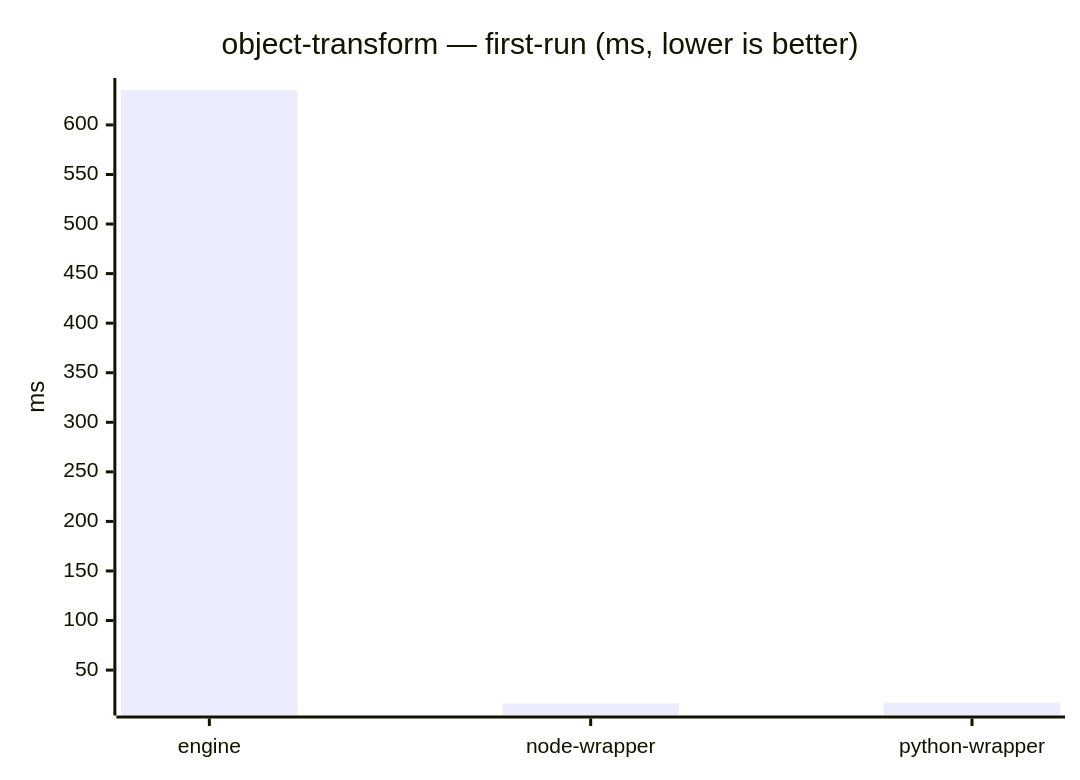
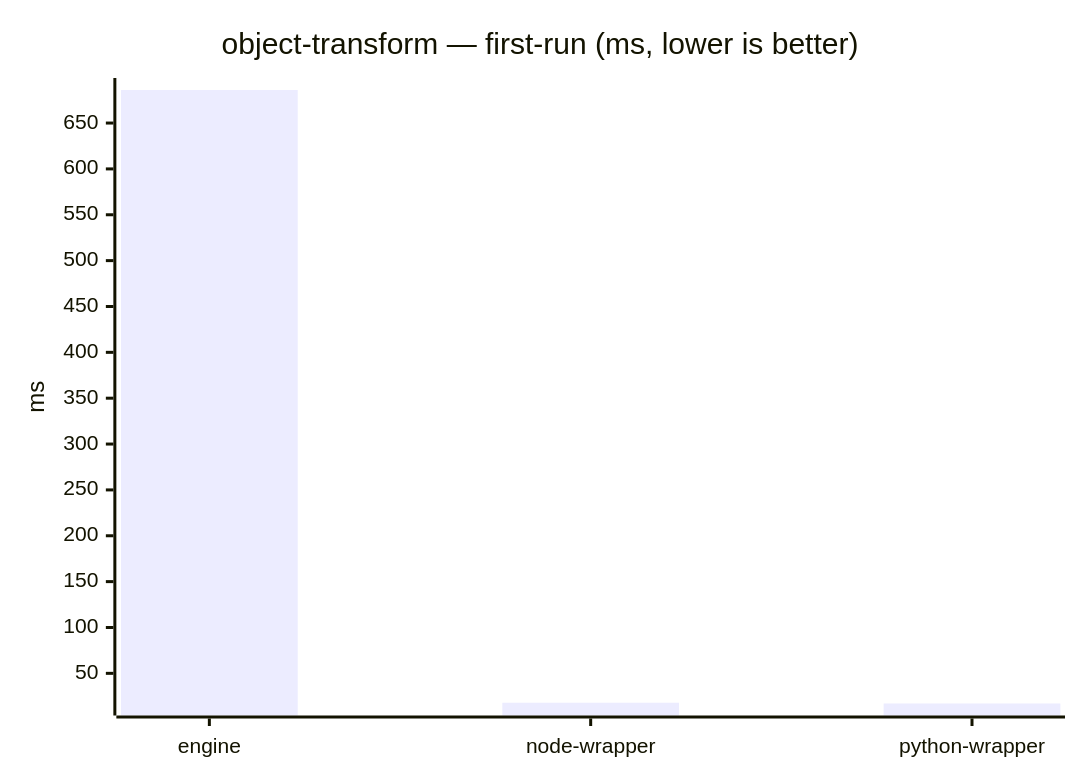
The fourth of 23 diagrams in benchmarks/report/RESULTS.md (mulesoft/data-weave-cli), drawn with Mermaid before and after one commit. The commit also changed other lines of this file, not shown here.

````diff
--- a/benchmarks/report/RESULTS.md
+++ b/benchmarks/report/RESULTS.md
@@ -74,7 +72,7 @@
 ```mermaid
 xychart-beta
     title "object-transform — first-run (ms, lower is better)"
     x-axis ["engine", "node-wrapper", "python-wrapper"]
     y-axis "ms"
-    bar [635.227, 16.301, 16.803]
+    bar [686.033, 17.953, 17.114]
 ```
````
